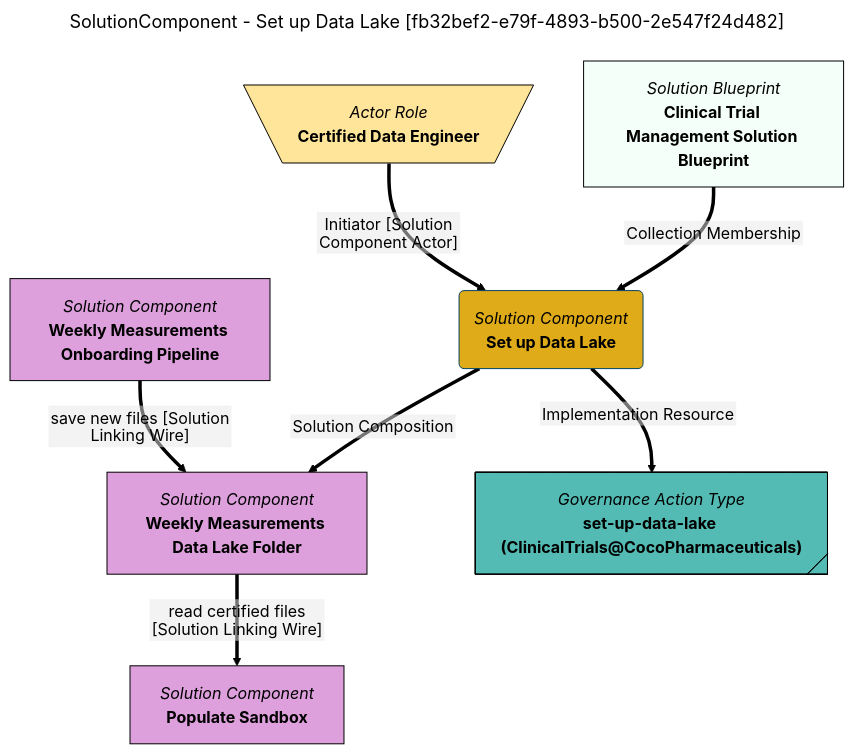
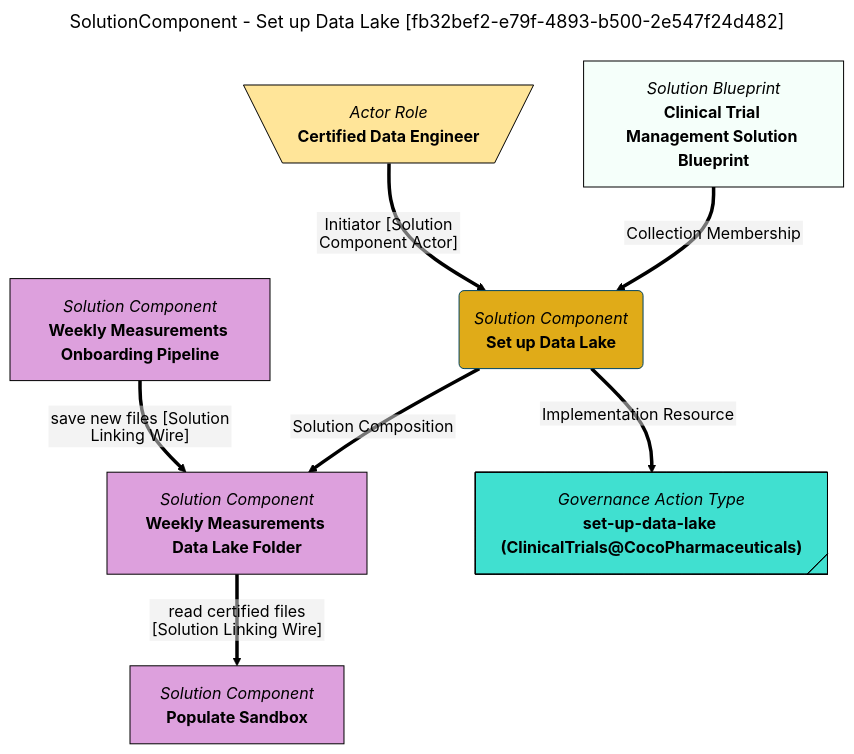
The diagram in site/snippets/blueprints/components/set-up-data-lake-mermaid-graph.md (odpi/egeria-docs), drawn with Mermaid (forest theme) before and after one commit. The commit also changed 2201 other files, not shown here.

````diff
--- a/site/snippets/blueprints/components/set-up-data-lake-mermaid-graph.md
+++ b/site/snippets/blueprints/components/set-up-data-lake-mermaid-graph.md
@@ -1,35 +1,35 @@
 ```mermaid
 ---
 title: SolutionComponent - Set up Data Lake [fb32bef2-e79f-4893-b500-2e547f24d482]
 ---
 flowchart TD
 %%{init: {"flowchart": {"htmlLabels": false}} }%%
 
 1@{ shape: rounded, label: "*Solution Component*
 **Set up Data Lake**"}
 2@{ shape: rect, label: "*Solution Blueprint*
 **Clinical Trial Management Solution Blueprint**"}
 2==>|"Collection Membership"|1
 3@{ shape: rect, label: "*Solution Component*
 **Weekly Measurements Data Lake Folder**"}
 1==>|"Solution Composition"|3
 4@{ shape: rect, label: "*Solution Component*
 **Weekly Measurements Onboarding Pipeline**"}
 4==>|"save new files [Solution Linking Wire]"|3
 5@{ shape: rect, label: "*Solution Component*
 **Populate Sandbox**"}
 3==>|"read certified files [Solution Linking Wire]"|5
 6@{ shape: trap-t, label: "*Actor Role*
 **Certified Data Engineer**"}
 6==>|"Initiator [Solution Component Actor]"|1
 7@{ shape: tag-rect, label: "*Governance Action Type*
 **set-up-data-lake (ClinicalTrials@CocoPharmaceuticals)**"}
 1==>|"Implementation Resource"|7
 style 1 color:#000000, fill:#e0ab18, stroke:#004563
 style 2 color:#000000, fill:#f5fffa, stroke:#000000
-style 3 color:#000000, fill:#dda0dd, stroke:#000000
-style 4 color:#000000, fill:#dda0dd, stroke:#000000
-style 5 color:#000000, fill:#dda0dd, stroke:#000000
+style 3 color:#000000, fill:#DDA0DD, stroke:#000000
+style 4 color:#000000, fill:#DDA0DD, stroke:#000000
+style 5 color:#000000, fill:#DDA0DD, stroke:#000000
 style 6 color:#000000, fill:#FFE599, stroke:#000000
-style 7 color:#000000, fill:#53bbb4, stroke:#000000
+style 7 color:#000000, fill:#40E0D0, stroke:#000000
 ```
````
